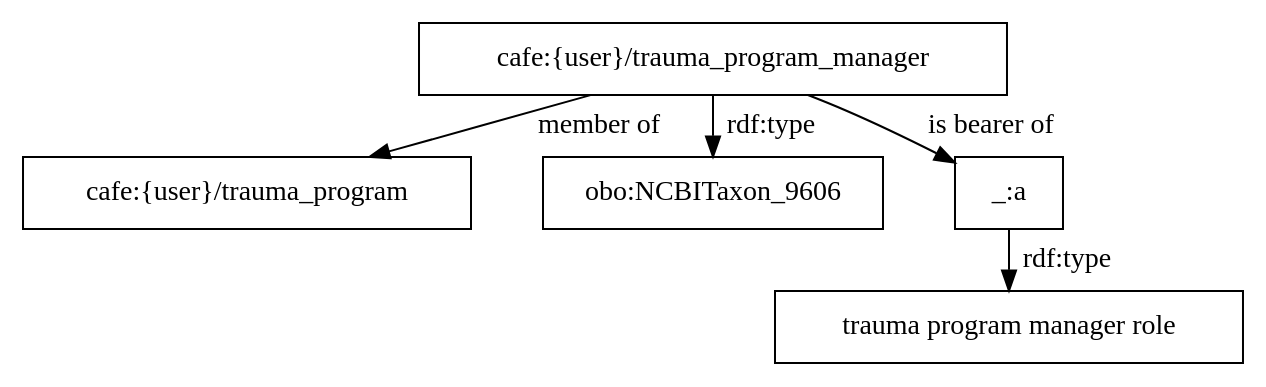
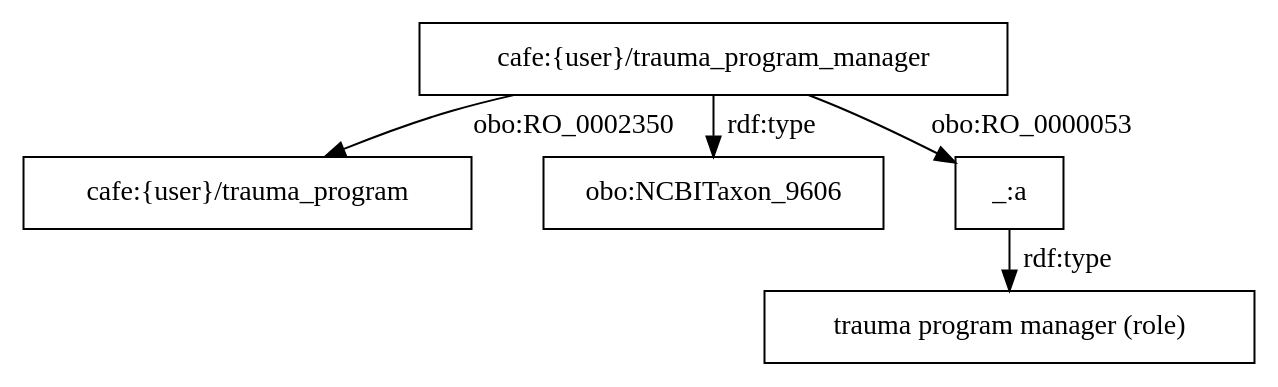
One commit to utecht/dideo-server changed the diagram in cafe/graphs/25.dot. Above: the diagram before and after it, drawn with Graphviz. The commit also changed 17 other files, not shown here.

```diff
--- a/cafe/graphs/25.dot
+++ b/cafe/graphs/25.dot
@@ -1,7 +1,7 @@
 digraph g { node [shape=rectangle];
 graph [splines=true, nodesep=.5, ranksep=0, overlap=false];
-"cafe:{user}/trauma_program_manager" -> "cafe:{user}/trauma_program" [label="member of"]
+"cafe:{user}/trauma_program_manager" -> "cafe:{user}/trauma_program" [label="obo:RO_0002350"]
 "cafe:{user}/trauma_program_manager" -> "obo:NCBITaxon_9606" [label="rdf:type"]
-"cafe:{user}/trauma_program_manager" -> "_:a" [label="is bearer of"]
-"_:a" -> "trauma program manager role" [label="rdf:type"]
+"cafe:{user}/trauma_program_manager" -> "_:a" [label="obo:RO_0000053"]
+"_:a" -> "trauma program manager (role)" [label="rdf:type"]
 }
```
